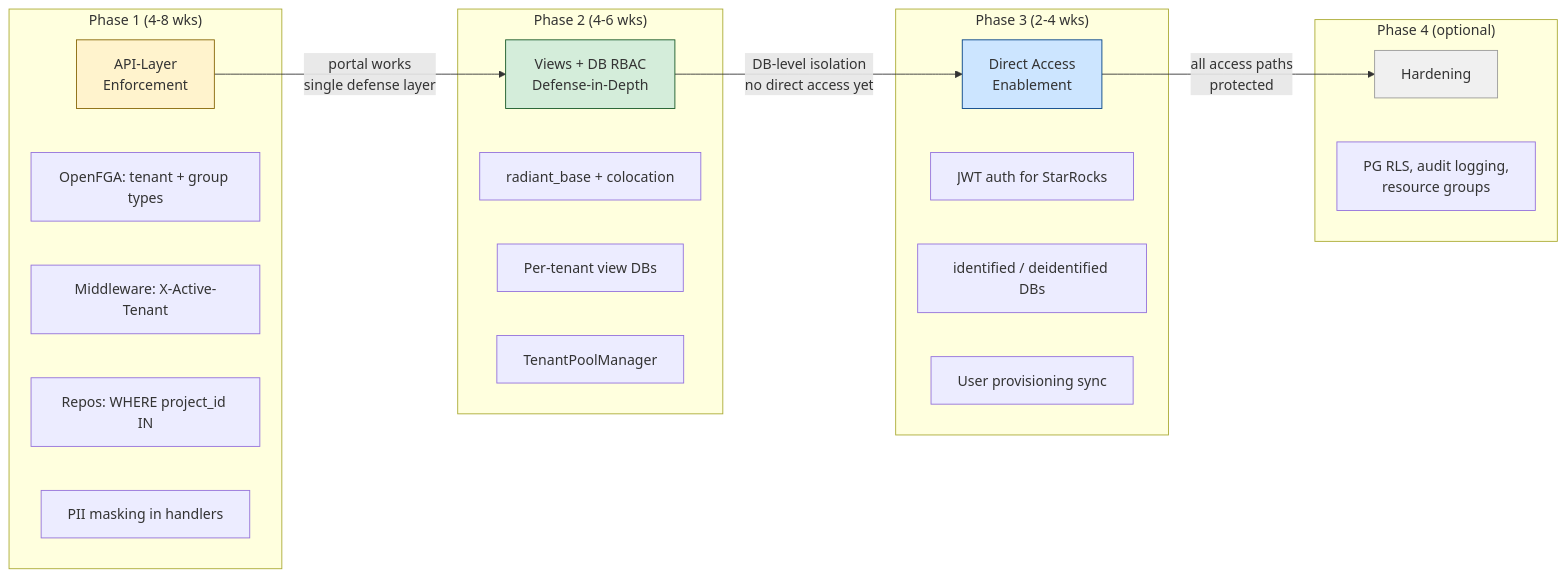
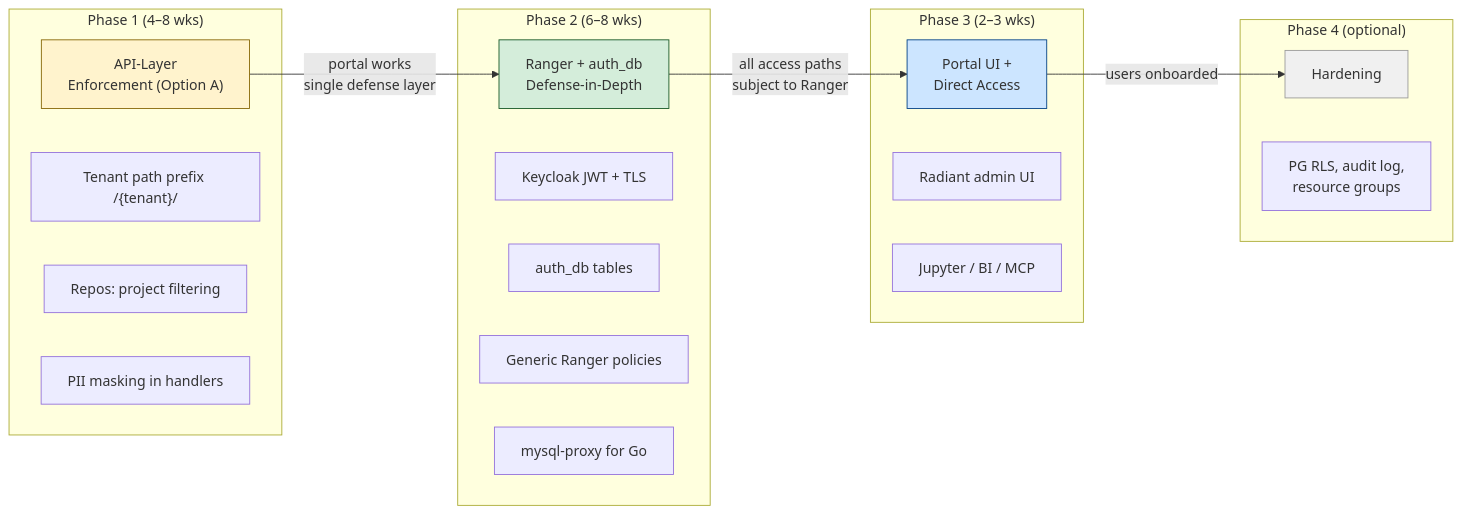
The tenth of 10 diagrams in docs/adr/multi-tenancy-security.md (radiant-network/radiant-portal), drawn with Mermaid before and after one commit. The commit also changed other lines of this file, not shown here.

````diff
--- a/docs/adr/multi-tenancy-security.md
+++ b/docs/adr/multi-tenancy-security.md
@@ -2397,38 +1966,37 @@
 ```mermaid
 graph LR
-    subgraph "Phase 1 (4-8 wks)"
-        P1["API-Layer<br/>Enforcement"]
-        P1A["OpenFGA: tenant + group types"]
-        P1B["Middleware: X-Active-Tenant"]
-        P1C["Repos: WHERE project_id IN"]
-        P1D["PII masking in handlers"]
+    subgraph "Phase 1 (4–8 wks)"
+        P1["API-Layer<br/>Enforcement (Option A)"]
+        P1A["Tenant path prefix /{tenant}/"]
+        P1B["Repos: project filtering"]
+        P1C["PII masking in handlers"]
     end
 
-    subgraph "Phase 2 (4-6 wks)"
-        P2["Views + DB RBAC<br/>Defense-in-Depth"]
-        P2A["radiant_base + colocation"]
-        P2B["Per-tenant view DBs"]
-        P2C["TenantPoolManager"]
+    subgraph "Phase 2 (6–8 wks)"
+        P2["Ranger + auth_db<br/>Defense-in-Depth"]
+        P2A["Keycloak JWT + TLS"]
+        P2B["auth_db tables"]
+        P2C["Generic Ranger policies"]
+        P2D["mysql-proxy for Go"]
     end
 
-    subgraph "Phase 3 (2-4 wks)"
-        P3["Direct Access<br/>Enablement"]
-        P3A["JWT auth for StarRocks"]
-        P3B["identified / deidentified DBs"]
-        P3C["User provisioning sync"]
+    subgraph "Phase 3 (2–3 wks)"
+        P3["Portal UI +<br/>Direct Access"]
+        P3A["Radiant admin UI"]
+        P3B["Jupyter / BI / MCP"]
     end
 
     subgraph "Phase 4 (optional)"
         P4["Hardening"]
-        P4A["PG RLS, audit logging,<br/>resource groups"]
+        P4A["PG RLS, audit log,<br/>resource groups"]
     end
 
     P1 -- "portal works<br/>single defense layer" --> P2
-    P2 -- "DB-level isolation<br/>no direct access yet" --> P3
-    P3 -- "all access paths<br/>protected" --> P4
+    P2 -- "all access paths<br/>subject to Ranger" --> P3
+    P3 -- "users onboarded" --> P4
 
     style P1 fill:#fff3cd,stroke:#856404
     style P2 fill:#d4edda,stroke:#155724
     style P3 fill:#cce5ff,stroke:#004085
     style P4 fill:#f0f0f0,stroke:#999
 ```
````
